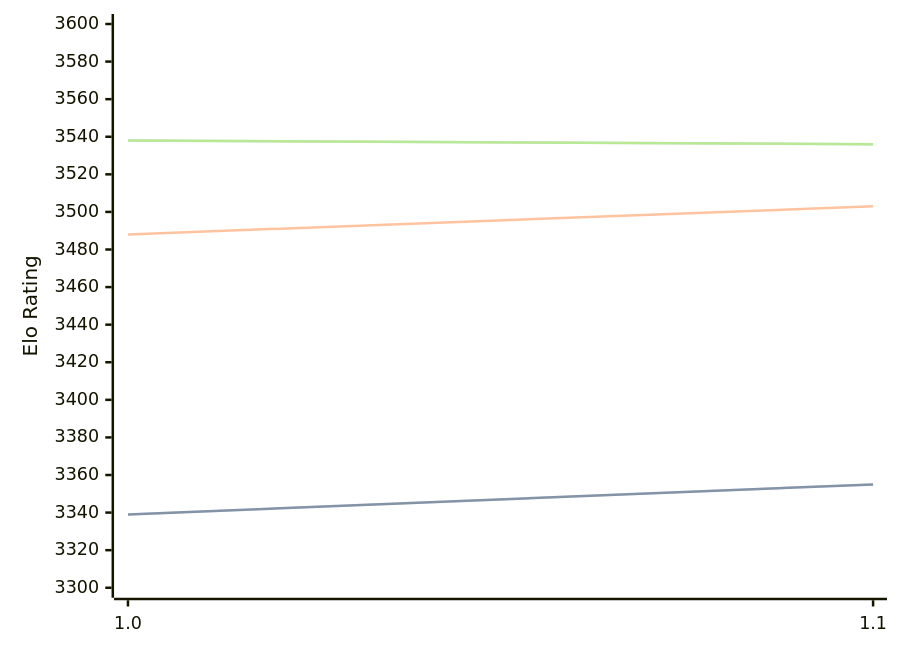
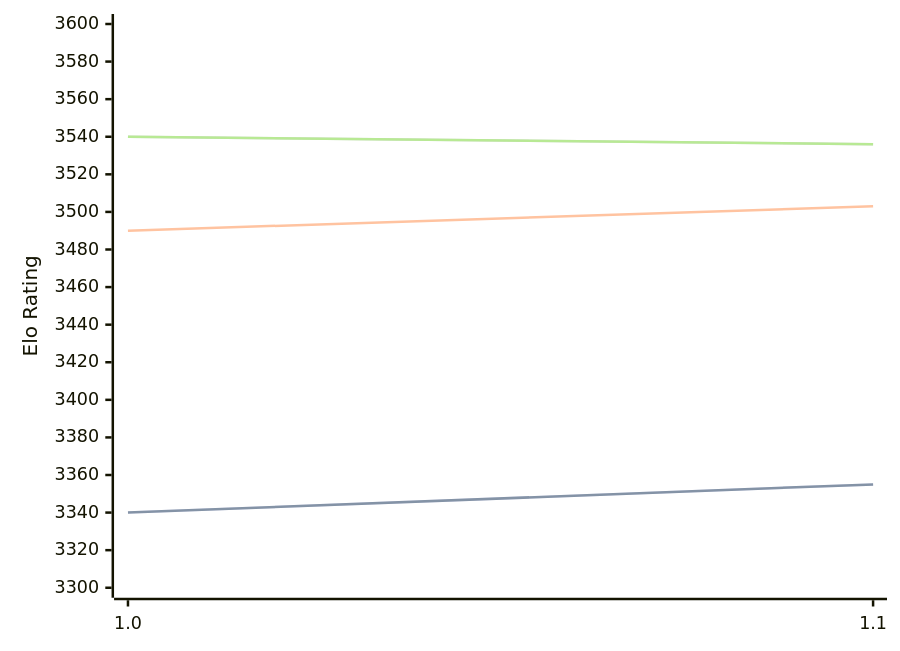
One commit to computer-chess-index/cci changed the diagram in engines/Horsie.md. Above: the diagram before and after it, drawn with Mermaid. The commit also changed other lines of this file, not shown here.

Commit message:
Update CCI Ratings (ELO VLTC) - 2026-09-08

````diff
--- a/engines/Horsie.md
+++ b/engines/Horsie.md
@@ -32,11 +32,11 @@
 ```mermaid
 %%{init: {"theme":"base","themeVariables":{"seriesColors:['#a3a3a3','#222221','#faa371']}}}%%
 xychart-beta
   x-axis ["1.0", "1.1"]
   y-axis "Elo Rating" 3300 --> 3600
-  line "" [3339, 3355]
-  line "STC (8.0+0.08s)" [3339, 3355]
-  line "LTC (60.0+0.60s)" [3488, 3503]
-  line "" [3538, 3536]
-  line "VLTC (2m24s+1.12s)" [3538, 3536]
+  line "" [3340, 3355]
+  line "STC (8.0+0.08s)" [3340, 3355]
+  line "LTC (60.0+0.60s)" [3490, 3503]
+  line "" [3540, 3536]
+  line "VLTC (2m24s+1.12s)" [3540, 3536]
 ```
````
